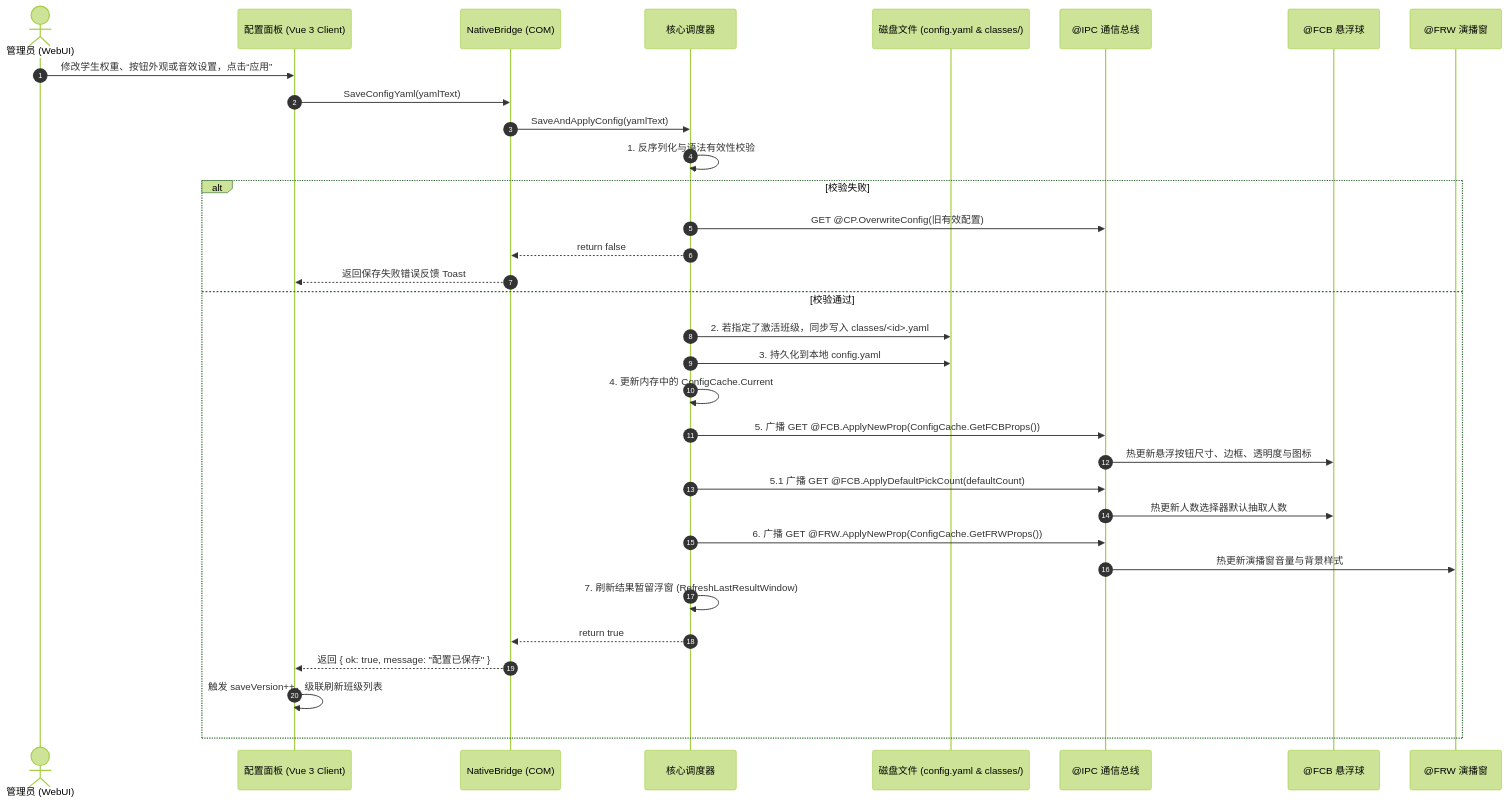
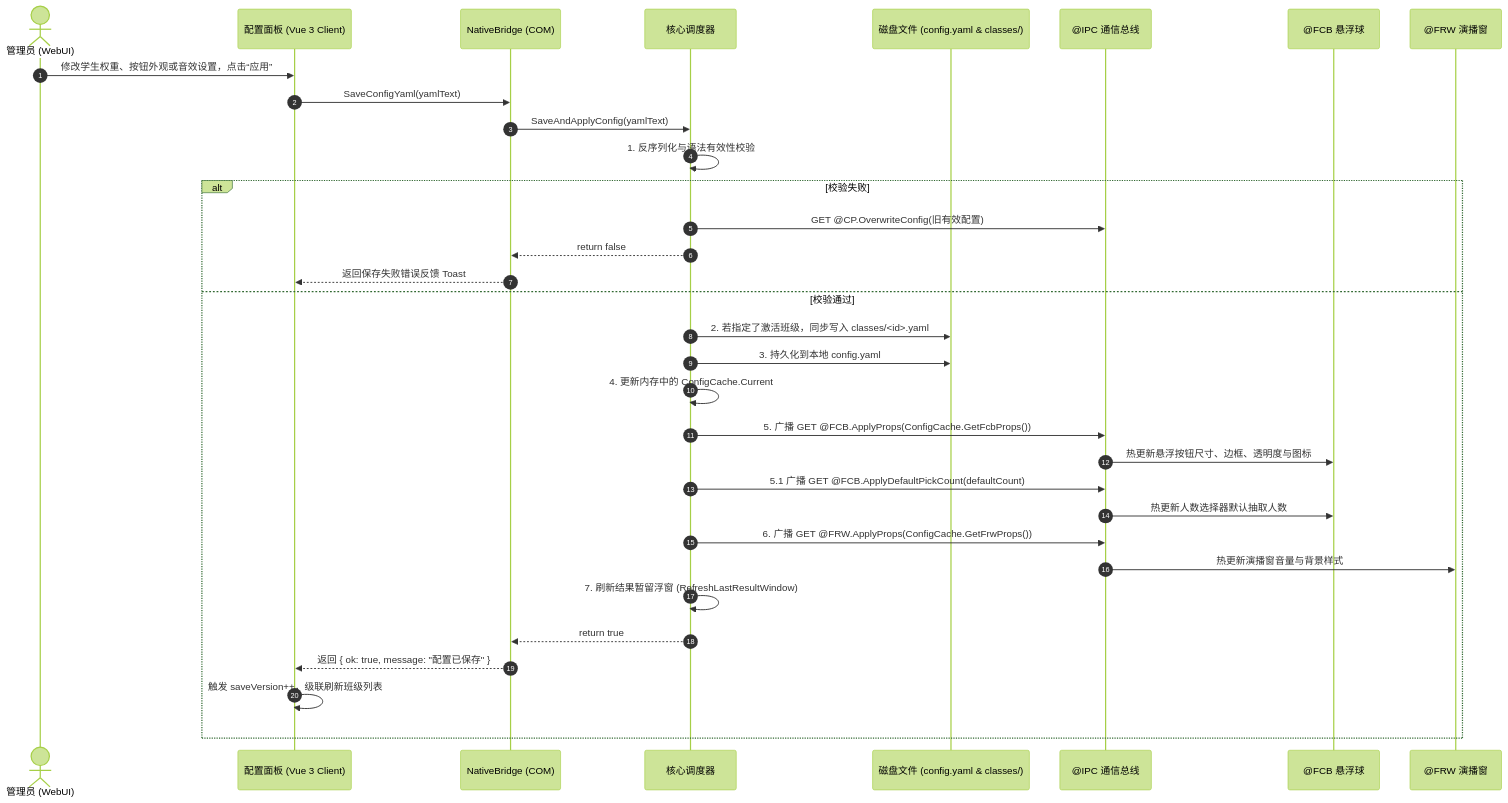
The third of 5 diagrams in docs/ipc.md (Yun-Hydrogen/blue-random), drawn with Mermaid (forest theme) before and after one commit. The commit also changed other lines of this file and 31 other files, not shown here.

````diff
--- a/docs/ipc.md
+++ b/docs/ipc.md
@@ -418,41 +418,41 @@
 ```mermaid
 sequenceDiagram
     autonumber
     actor Admin as 管理员 (WebUI)
     participant Vue as 配置面板 (Vue 3 Client)
     participant Bridge as NativeBridge (COM)
     participant Scheduler as 核心调度器
     participant Disk as 磁盘文件 (config.yaml & classes/)
     participant Bus as @IPC 通信总线
     participant FCB as @FCB 悬浮球
     participant FRW as @FRW 演播窗
 
     Admin->>Vue: 修改学生权重、按钮外观或音效设置，点击“应用”
     Vue->>Bridge: SaveConfigYaml(yamlText)
     Bridge->>Scheduler: SaveAndApplyConfig(yamlText)
 
     Scheduler->>Scheduler: 1. 反序列化与语法有效性校验
     alt 校验失败
         Scheduler->>Bus: GET @CP.OverwriteConfig(旧有效配置)
         Scheduler-->>Bridge: return false
         Bridge-->>Vue: 返回保存失败错误反馈 Toast
     else 校验通过
         Scheduler->>Disk: 2. 若指定了激活班级，同步写入 classes/<id>.yaml
         Scheduler->>Disk: 3. 持久化到本地 config.yaml
         Scheduler->>Scheduler: 4. 更新内存中的 ConfigCache.Current
         
-        Scheduler->>Bus: 5. 广播 GET @FCB.ApplyNewProp(ConfigCache.GetFCBProps())
+        Scheduler->>Bus: 5. 广播 GET @FCB.ApplyProps(ConfigCache.GetFcbProps())
         Bus->>FCB: 热更新悬浮按钮尺寸、边框、透明度与图标
         Scheduler->>Bus: 5.1 广播 GET @FCB.ApplyDefaultPickCount(defaultCount)
         Bus->>FCB: 热更新人数选择器默认抽取人数
 
-        Scheduler->>Bus: 6. 广播 GET @FRW.ApplyNewProp(ConfigCache.GetFRWProps())
+        Scheduler->>Bus: 6. 广播 GET @FRW.ApplyProps(ConfigCache.GetFrwProps())
         Bus->>FRW: 热更新演播窗音量与背景样式
 
         Scheduler->>Scheduler: 7. 刷新结果暂留浮窗 (RefreshLastResultWindow)
         
         Scheduler-->>Bridge: return true
         Bridge-->>Vue: 返回 { ok: true, message: "配置已保存" }
         Vue->>Vue: 触发 saveVersion++，级联刷新班级列表
     end
 ```
````
